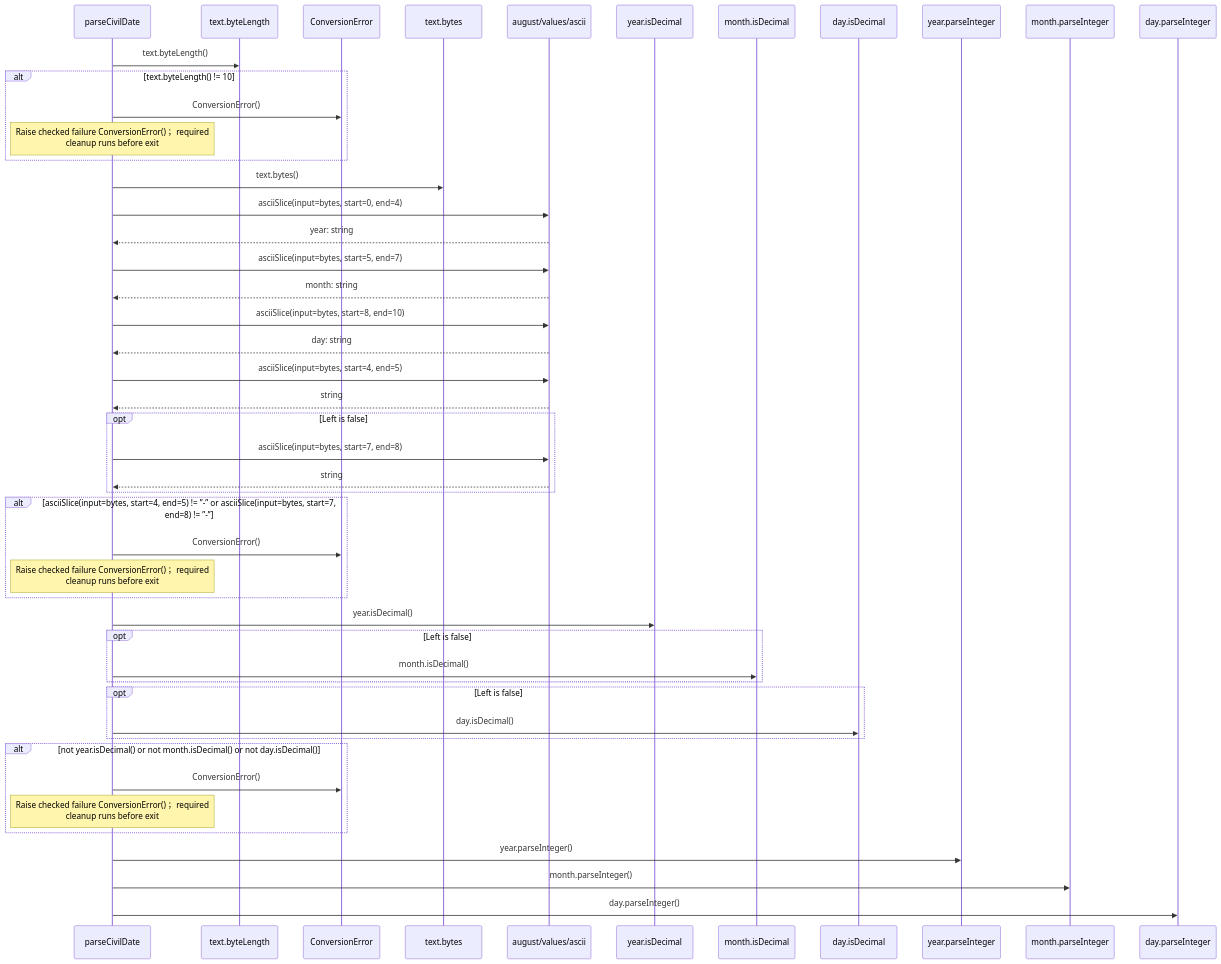
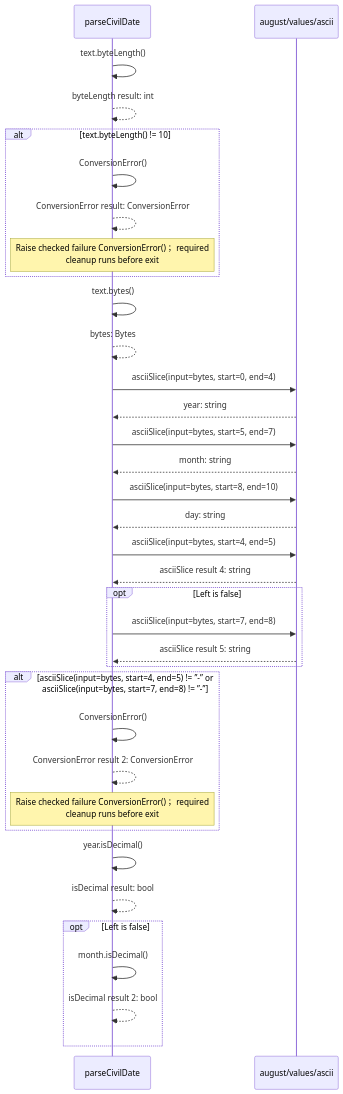
One commit to GreenPandaStudios/augscript changed the fourth of 8 diagrams in src/stdlib/values/dates.aug.diagrams.md. Above: the diagram before and after it, drawn with Mermaid. The commit also changed other lines of this file and 304 other files, not shown here.

Commit message:
Make generated data-flow sequences concise and review every diagram

````diff
--- a/src/stdlib/values/dates.aug.diagrams.md
+++ b/src/stdlib/values/dates.aug.diagrams.md
@@ -95,50 +77,37 @@
 ```mermaid
 sequenceDiagram
     participant p0 as parseCivilDate
-    participant p1 as text.byteLength
-    participant p2 as ConversionError
-    participant p3 as text.bytes
-    participant p4 as august/values/ascii
-    participant p5 as year.isDecimal
-    participant p6 as month.isDecimal
-    participant p7 as day.isDecimal
-    participant p8 as year.parseInteger
-    participant p9 as month.parseInteger
-    participant p10 as day.parseInteger
-    p0->>p1: text.byteLength()
+    participant p1 as august/values/ascii
+    p0->>p0: text.byteLength()
+    p0-->>p0: byteLength result: int
     alt text.byteLength() != 10
-    p0->>p2: ConversionError()
+    p0->>p0: ConversionError()
+    p0-->>p0: ConversionError result: ConversionError
     Note over p0: Raise checked failure ConversionError()； required<br/>cleanup runs before exit
     end
-    p0->>p3: text.bytes()
-    p0->>p4: asciiSlice(input=bytes, start=0, end=4)
-    p4-->>p0: year: string
-    p0->>p4: asciiSlice(input=bytes, start=5, end=7)
-    p4-->>p0: month: string
-    p0->>p4: asciiSlice(input=bytes, start=8, end=10)
-    p4-->>p0: day: string
-    p0->>p4: asciiSlice(input=bytes, start=4, end=5)
-    p4-->>p0: string
+    p0->>p0: text.bytes()
+    p0-->>p0: bytes: Bytes
+    p0->>p1: asciiSlice(input=bytes, start=0, end=4)
+    p1-->>p0: year: string
+    p0->>p1: asciiSlice(input=bytes, start=5, end=7)
+    p1-->>p0: month: string
+    p0->>p1: asciiSlice(input=bytes, start=8, end=10)
+    p1-->>p0: day: string
+    p0->>p1: asciiSlice(input=bytes, start=4, end=5)
+    p1-->>p0: asciiSlice result 4: string
     opt Left is false
-    p0->>p4: asciiSlice(input=bytes, start=7, end=8)
-    p4-->>p0: string
+    p0->>p1: asciiSlice(input=bytes, start=7, end=8)
+    p1-->>p0: asciiSlice result 5: string
     end
     alt asciiSlice(input=bytes, start=4, end=5) != ”-” or asciiSlice(input=bytes, start=7, end=8) != ”-”
-    p0->>p2: ConversionError()
+    p0->>p0: ConversionError()
+    p0-->>p0: ConversionError result 2: ConversionError
     Note over p0: Raise checked failure ConversionError()； required<br/>cleanup runs before exit
     end
-    p0->>p5: year.isDecimal()
+    p0->>p0: year.isDecimal()
+    p0-->>p0: isDecimal result: bool
     opt Left is false
-    p0->>p6: month.isDecimal()
+    p0->>p0: month.isDecimal()
+    p0-->>p0: isDecimal result 2: bool
     end
-    opt Left is false
-    p0->>p7: day.isDecimal()
-    end
-    alt not year.isDecimal() or not month.isDecimal() or not day.isDecimal()
-    p0->>p2: ConversionError()
-    Note over p0: Raise checked failure ConversionError()； required<br/>cleanup runs before exit
-    end
-    p0->>p8: year.parseInteger()
-    p0->>p9: month.parseInteger()
-    p0->>p10: day.parseInteger()
 ```
````
